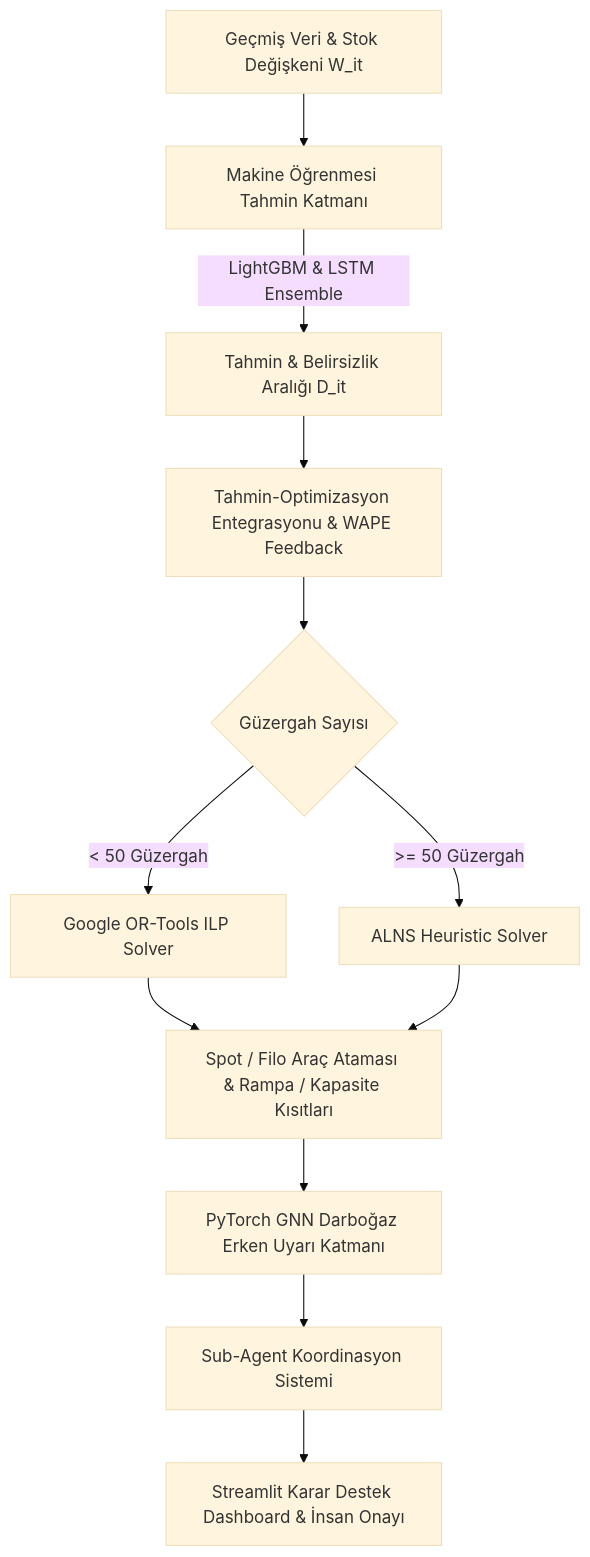
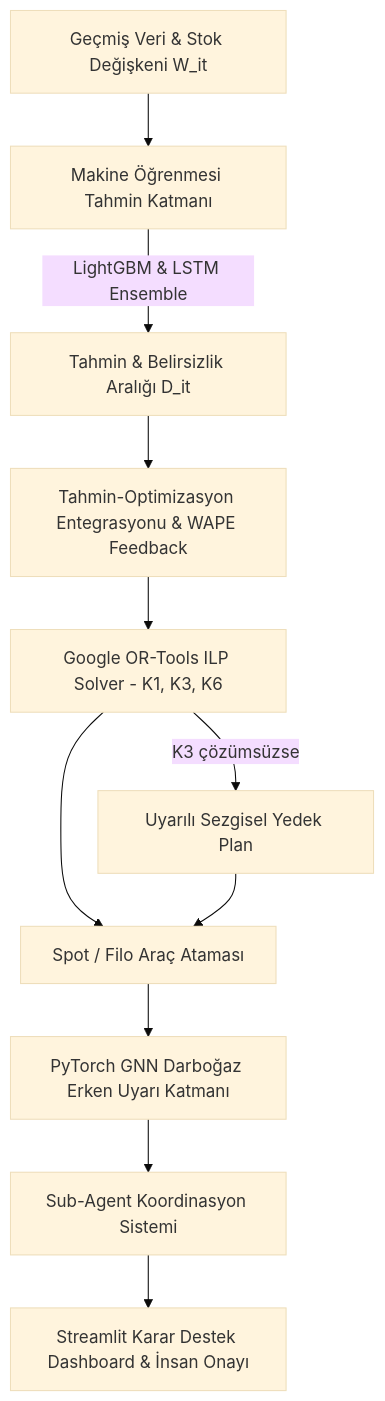
The diagram in README.md (Umutcagn/logistics-fleet-network-optimization), drawn with Mermaid (base theme) before and after one commit. The commit also changed other lines of this file and 15 other files, not shown here.

````diff
--- a/README.md
+++ b/README.md
@@ -34,14 +34,13 @@
 ```mermaid
 graph TD
     A[Geçmiş Veri & Stok Değişkeni W_it] --> B[Makine Öğrenmesi Tahmin Katmanı]
     B -->|LightGBM & LSTM Ensemble| C[Tahmin & Belirsizlik Aralığı D_it]
     C --> D[Tahmin-Optimizasyon Entegrasyonu & WAPE Feedback]
-    D --> E{Güzergah Sayısı}
-    E -->|< 50 Güzergah| F[Google OR-Tools ILP Solver]
-    E -->|>= 50 Güzergah| G[ALNS Heuristic Solver]
-    F --> H[Spot / Filo Araç Ataması & Rampa / Kapasite Kısıtları]
+    D --> F[Google OR-Tools ILP Solver - K1, K3, K6]
+    F -->|K3 çözümsüzse| G[Uyarılı Sezgisel Yedek Plan]
+    F --> H[Spot / Filo Araç Ataması]
     G --> H
     H --> I[PyTorch GNN Darboğaz Erken Uyarı Katmanı]
     I --> J[Sub-Agent Koordinasyon Sistemi]
     J --> K[Streamlit Karar Destek Dashboard & İnsan Onayı]
 ```
````
